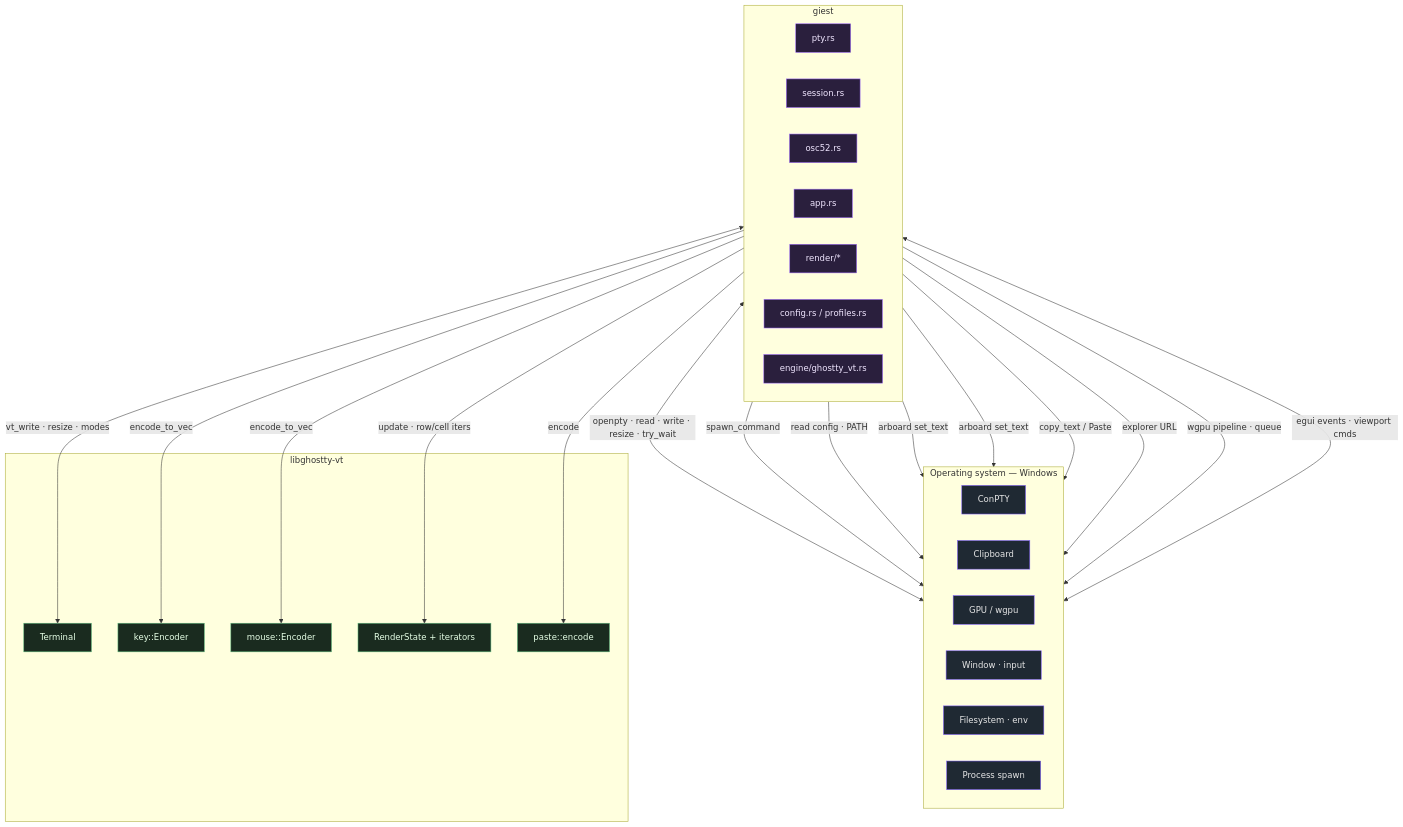
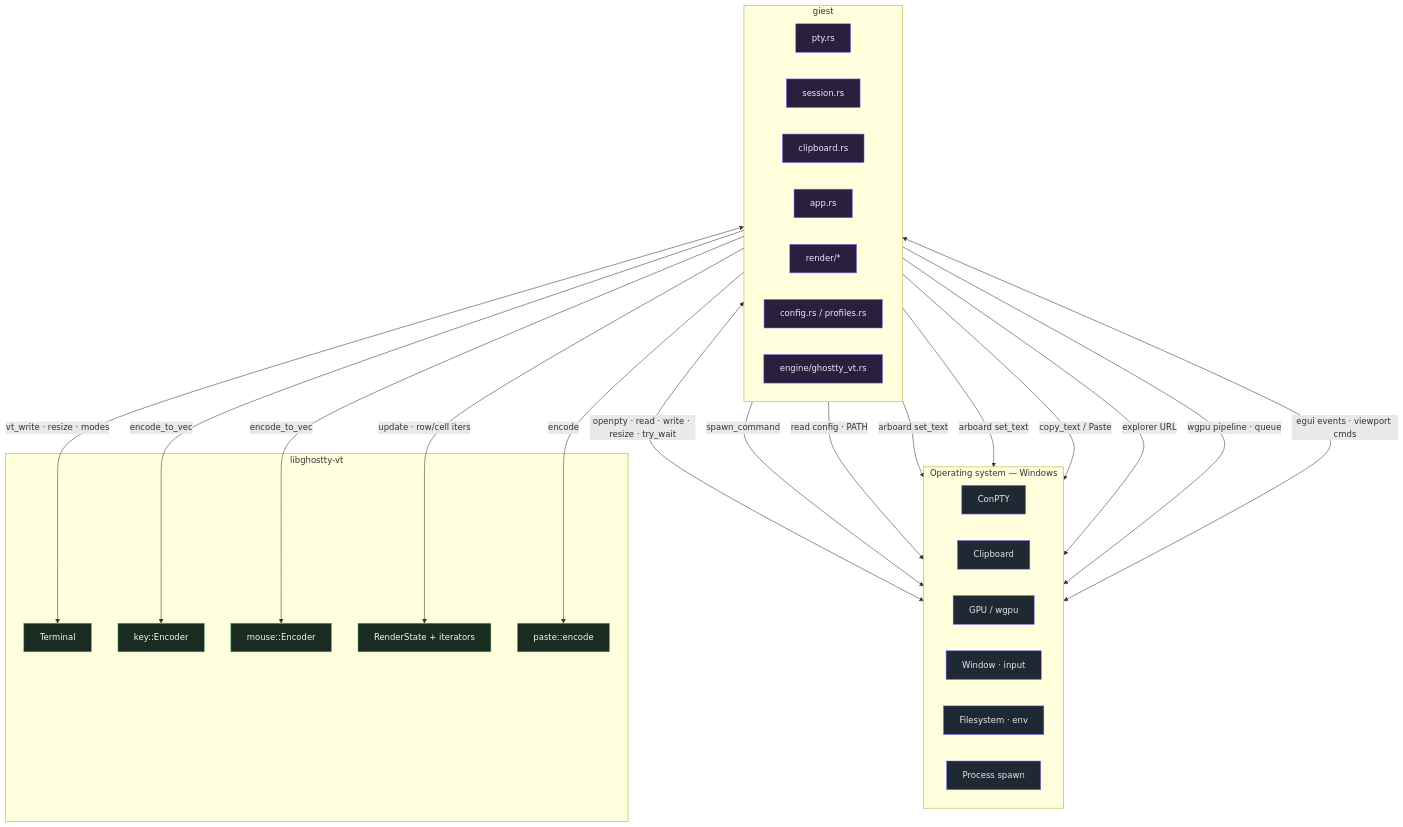
Before and after one commit to stvnksslr/geist: the diagram in docs/touchpoints/overview.md, drawn with Mermaid. The commit also changed other lines of this file and 23 other files, not shown here.

First line of the commit message:
feat(clipboard): kitty OSC 5522 + paste events; OSC 52 and pwd from the engine

````diff
--- a/docs/touchpoints/overview.md
+++ b/docs/touchpoints/overview.md
@@ -8,54 +8,54 @@
 ```mermaid
 flowchart TB
     subgraph os["Operating system — Windows"]
         direction LR
         conpty["ConPTY"]
         clip["Clipboard"]
         gpu["GPU / wgpu"]
         winwnd["Window · input"]
         fs["Filesystem · env"]
         proc["Process spawn"]
     end
 
     subgraph giest["giest"]
         direction LR
         ptyrs["pty.rs"]
         sessrs["session.rs"]
-        osc["osc52.rs"]
+        osc["clipboard.rs"]
         apprs["app.rs"]
         renderrs["render/*"]
         cfg["config.rs / profiles.rs"]
         eng["engine/ghostty_vt.rs"]
     end
 
     subgraph vtlib["libghostty-vt"]
         term["Terminal"]
         kenc["key::Encoder"]
         menc["mouse::Encoder"]
         rstate["RenderState + iterators"]
         pasteenc["paste::encode"]
     end
 
     ptyrs <-->|openpty · read · write · resize · try_wait| conpty
     cfg -->|spawn_command| proc
     cfg -->|read config · PATH| fs
     sessrs -->|arboard set_text| clip
     osc -->|arboard set_text| clip
     apprs -->|copy_text / Paste| clip
     apprs -->|explorer URL| proc
     renderrs -->|wgpu pipeline · queue| gpu
     apprs <-->|egui events · viewport cmds| winwnd
 
     eng <-->|vt_write · resize · modes| term
     eng -->|encode_to_vec| kenc
     eng -->|encode_to_vec| menc
     eng -->|update · row/cell iters| rstate
     eng -->|encode| pasteenc
 
     classDef osc fill:#1f2933,stroke:#7c5cff,color:#e6e6e6
     classDef vtc fill:#1a2b1f,stroke:#5cba7c,color:#e6ffe6
     classDef appc fill:#2a1f3d,stroke:#a06cff,color:#f0e6ff
     class conpty,clip,gpu,winwnd,fs,proc osc
     class term,kenc,menc,rstate,pasteenc vtc
     class ptyrs,sessrs,osc,apprs,renderrs,cfg,eng appc
 ```
````
